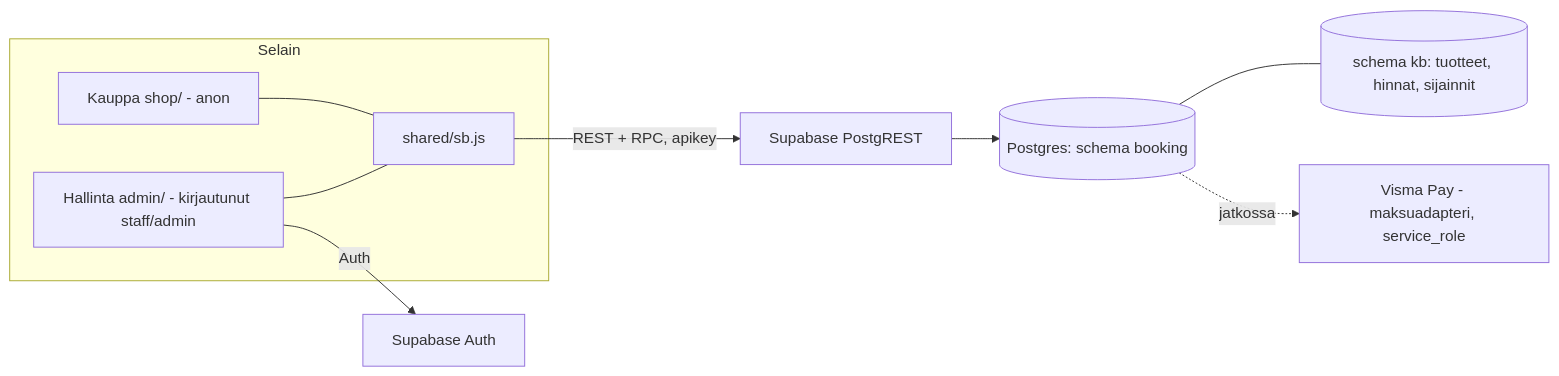
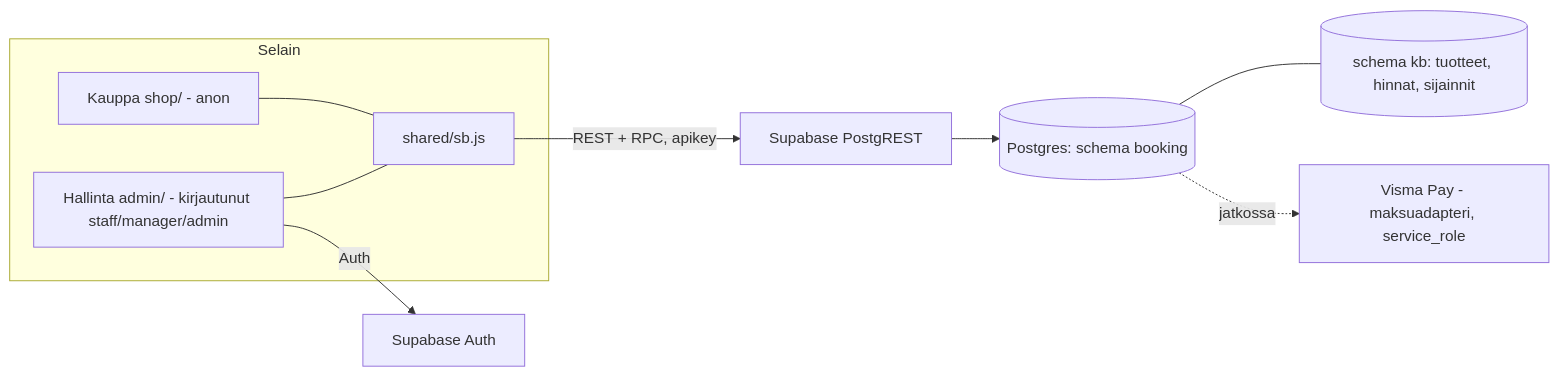
Before and after one commit to joonasvaarala/saunotus-uusi: the first of 2 diagrams in booking/README.md, drawn with Mermaid. The commit also changed other lines of this file and 68 other files, not shown here.

````diff
--- a/booking/README.md
+++ b/booking/README.md
@@ -24,12 +24,12 @@
 ```mermaid
 flowchart LR
   subgraph Selain
     S[Kauppa shop/ - anon] --- SB[shared/sb.js]
-    A[Hallinta admin/ - kirjautunut staff/admin] --- SB
+    A[Hallinta admin/ - kirjautunut staff/manager/admin] --- SB
   end
   SB -->|REST + RPC, apikey| PR[Supabase PostgREST]
   A -->|Auth| AU[Supabase Auth]
   PR --> DB[(Postgres: schema booking)]
   DB --- KB[(schema kb: tuotteet, hinnat, sijainnit)]
   DB -.->|jatkossa| VP[Visma Pay - maksuadapteri, service_role]
 ```
````
